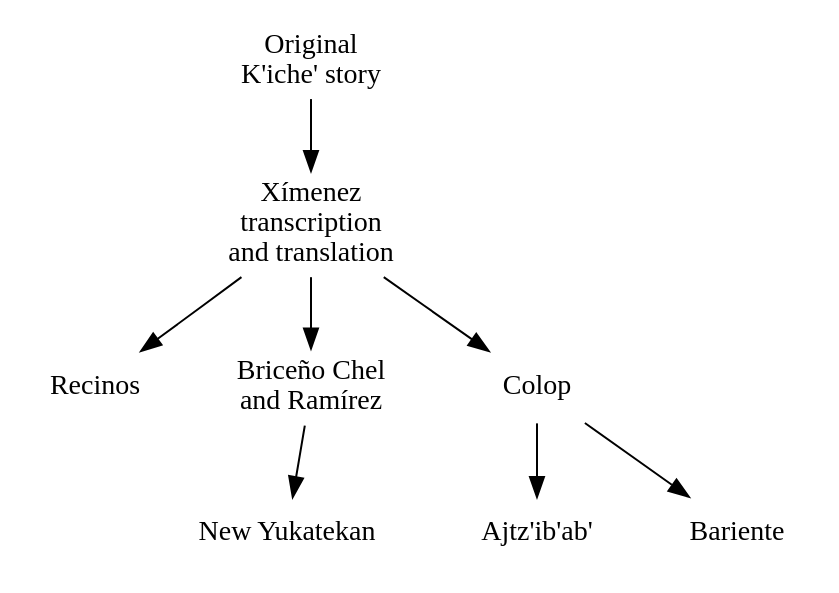
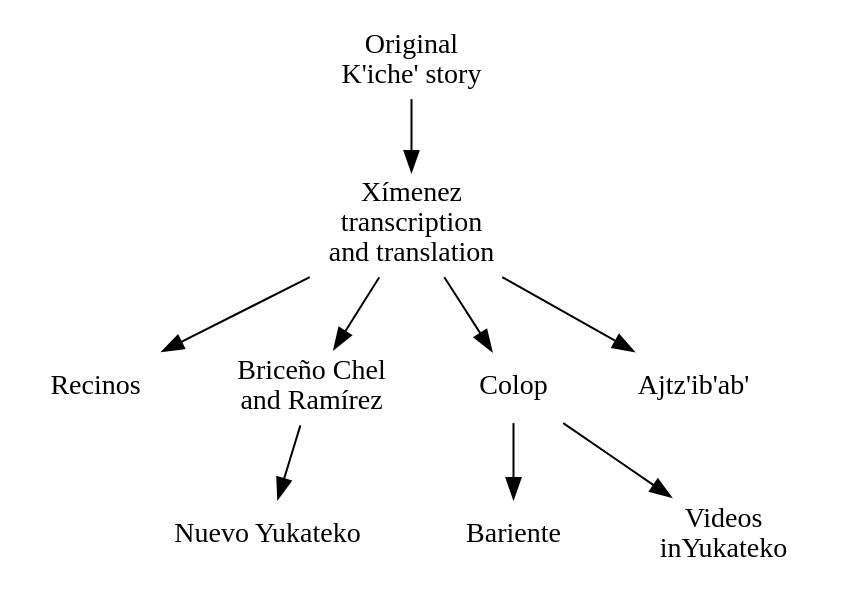
The second of 2 diagrams in variorum.qmd (Multepal/multepal.github.io), drawn with Graphviz before and after one commit. The commit also changed 9 other files, not shown here.

````diff
--- a/variorum.qmd
+++ b/variorum.qmd
@@ -71,23 +71,26 @@
 ```{dot}
 digraph G {
 
     node [shape="plaintext"]
 
     KICHE [label="Original\nK'iche' story"]
     XIMENEZ [label="Xímenez\ntranscription\nand translation"]
     RECINOS [label="Recinos"]
     CHEL [label="Briceño Chel\nand Ramírez"]
     COLOP [label="Colop"]
     AHTZIB [label="Ajtz'ib'ab'"]
     ALDO [label="Bariente"]
-    NEWYUK [label="New Yukatekan"]
+    NEWYUK [label="Nuevo Yukateko"]
+    VIDEOS [label="Videos\ninYukateko"]
 
     KICHE -> XIMENEZ
     XIMENEZ -> RECINOS
     XIMENEZ -> CHEL -> NEWYUK
     XIMENEZ -> COLOP
     COLOP -> ALDO
-    COLOP -> AHTZIB
+    COLOP -> VIDEOS
+    XIMENEZ -> AHTZIB
+
 
 }
 ```
````
